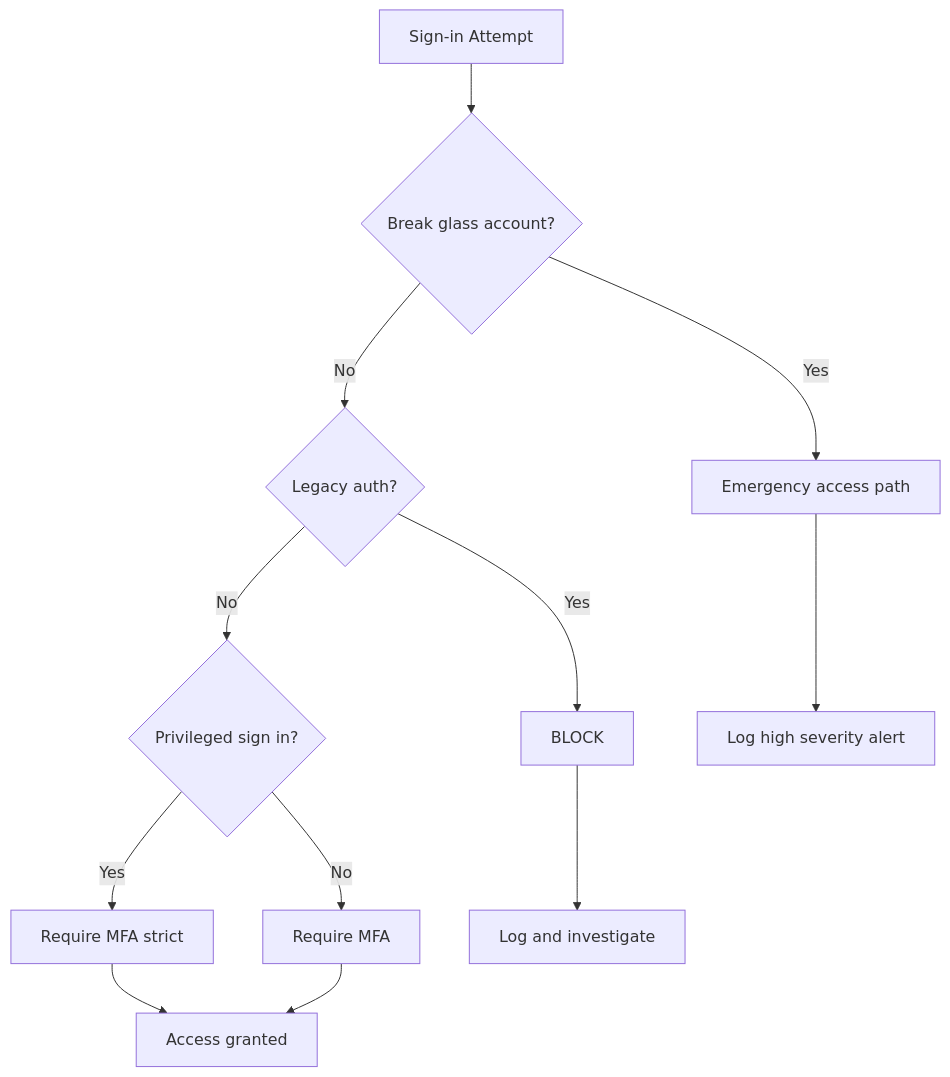
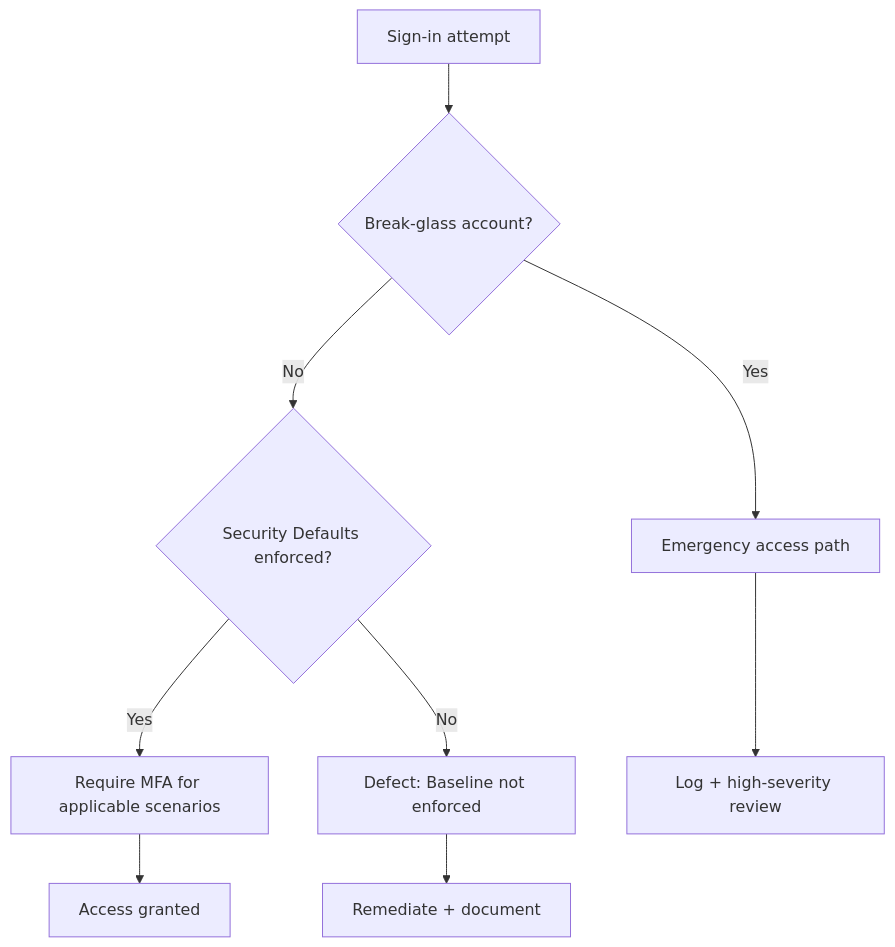
Before and after one commit to RobertMyersCloud/Enterprise-Governance-Proof-Packs: the diagram in 01_IGA_Framework/Conditional_Access_Baseline.md, drawn with Mermaid. The commit also changed other lines of this file, not shown here.

````diff
--- a/01_IGA_Framework/Conditional_Access_Baseline.md
+++ b/01_IGA_Framework/Conditional_Access_Baseline.md
@@ -20,14 +78,11 @@
 ```mermaid
-graph TD
-  A[Sign-in Attempt] --> B{Break glass account?}
+flowchart TD
+  A[Sign-in attempt] --> B{Break-glass account?}
   B -- Yes --> C[Emergency access path]
-  B -- No --> D{Legacy auth?}
-  D -- Yes --> E[BLOCK]
-  D -- No --> F{Privileged sign in?}
-  F -- Yes --> G[Require MFA strict]
-  F -- No --> H[Require MFA]
-  E --> I[Log and investigate]
-  G --> J[Access granted]
-  H --> J[Access granted]
-  C --> K[Log high severity alert]
+  B -- No --> D{Security Defaults enforced?}
+  D -- Yes --> E[Require MFA for applicable scenarios]
+  D -- No --> F[Defect: Baseline not enforced]
+  C --> G[Log + high-severity review]
+  E --> H[Access granted]
+  F --> I[Remediate + document]
 ```
````
